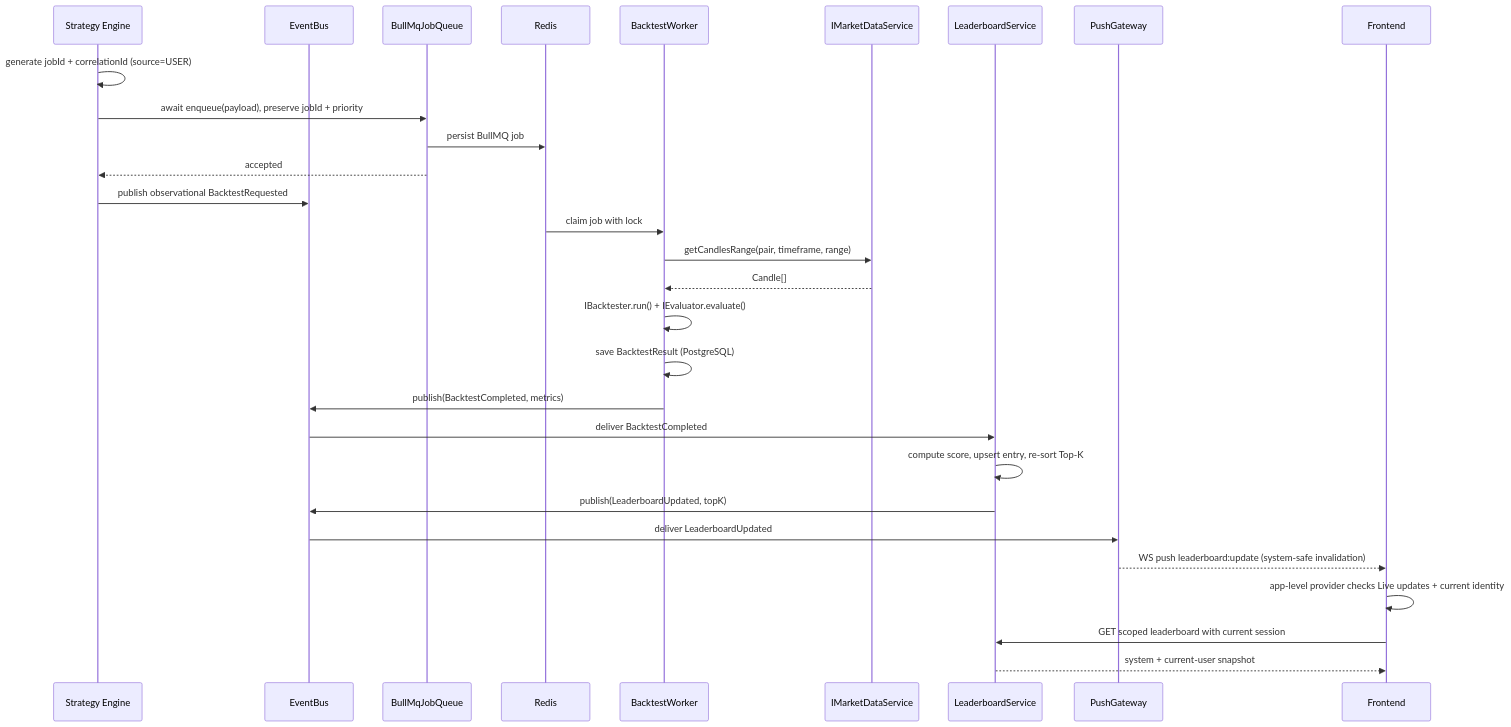
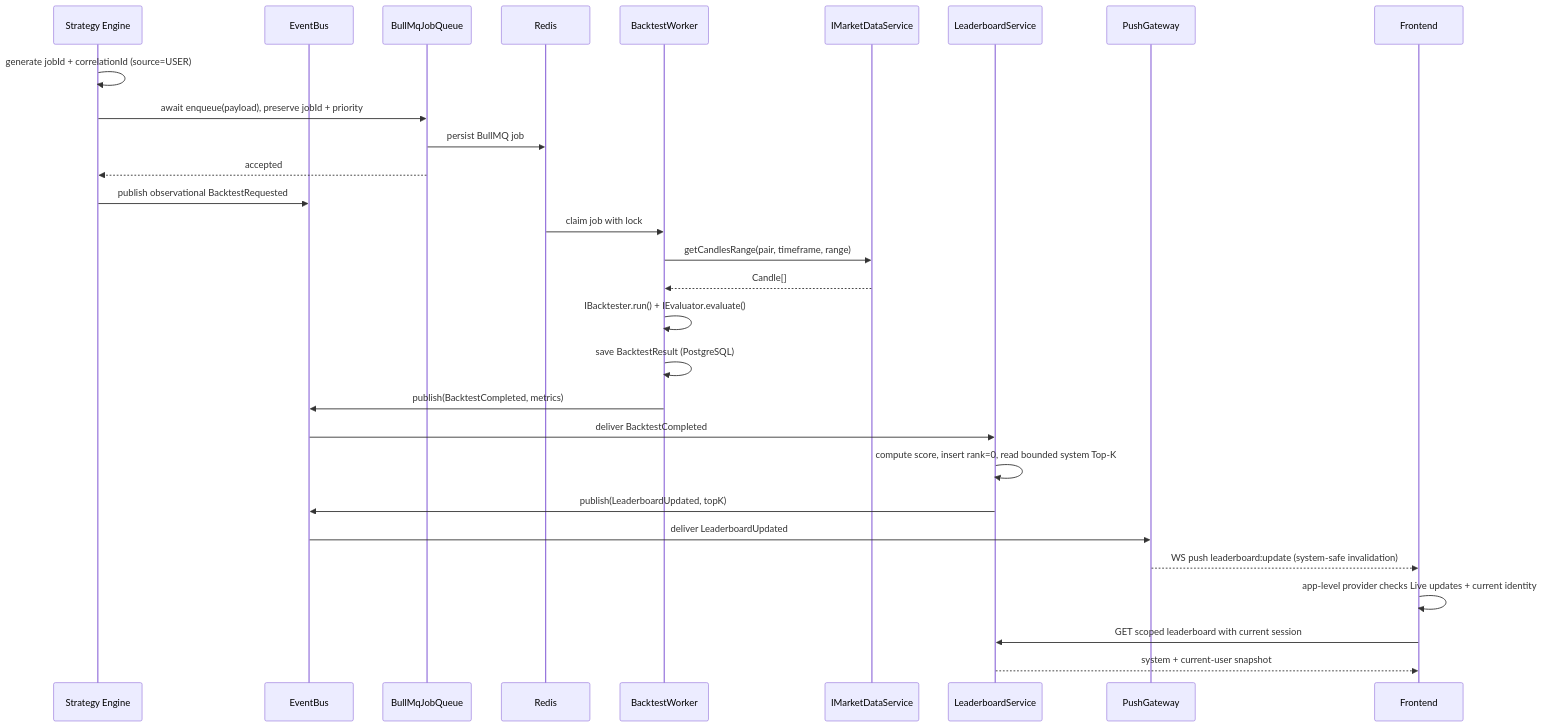
The second of 4 diagrams in kb/modules/event-infrastructure.md (Hoang105205/Crypto-Strategy-Lab), drawn with Mermaid before and after one commit. The commit also changed other lines of this file and 11 other files, not shown here.

````diff
--- a/kb/modules/event-infrastructure.md
+++ b/kb/modules/event-infrastructure.md
@@ -191,32 +191,32 @@
 ```mermaid
 sequenceDiagram
     participant SE as Strategy Engine
     participant EB as EventBus
     participant JQ as BullMqJobQueue
     participant R as Redis
     participant W as BacktestWorker
     participant MD as IMarketDataService
     participant LB as LeaderboardService
     participant WS as PushGateway
     participant FE as Frontend
 
     SE->>SE: generate jobId + correlationId (source=USER)
     SE->>JQ: await enqueue(payload), preserve jobId + priority
     JQ->>R: persist BullMQ job
     JQ-->>SE: accepted
     SE->>EB: publish observational BacktestRequested
     R->>W: claim job with lock
     W->>MD: getCandlesRange(pair, timeframe, range)
     MD-->>W: Candle[]
     W->>W: IBacktester.run() + IEvaluator.evaluate()
     W->>W: save BacktestResult (PostgreSQL)
     W->>EB: publish(BacktestCompleted, metrics)
     EB->>LB: deliver BacktestCompleted
-    LB->>LB: compute score, upsert entry, re-sort Top-K
+    LB->>LB: compute score, insert rank=0, read bounded system Top-K
     LB->>EB: publish(LeaderboardUpdated, topK)
     EB->>WS: deliver LeaderboardUpdated
     WS-->>FE: WS push leaderboard:update (system-safe invalidation)
     FE->>FE: app-level provider checks Live updates + current identity
     FE->>LB: GET scoped leaderboard with current session
     LB-->>FE: system + current-user snapshot
 ```
````
